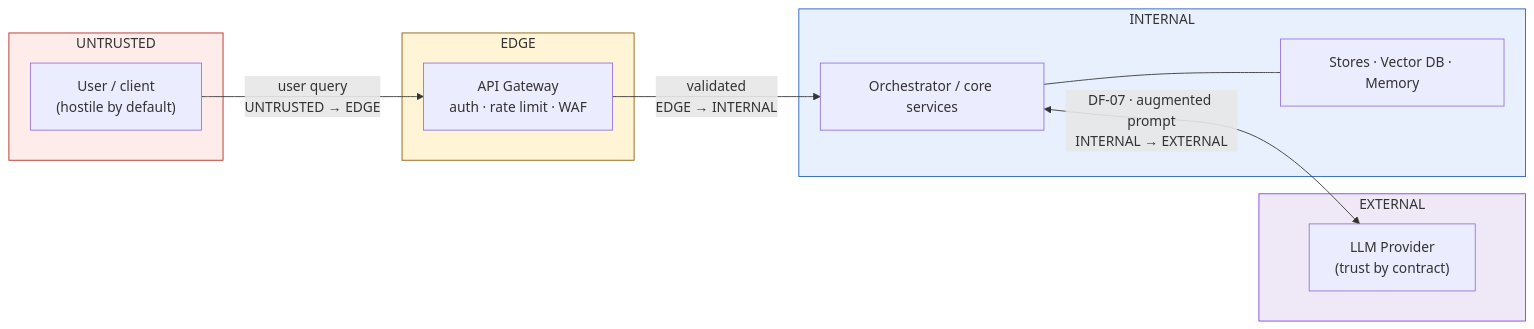
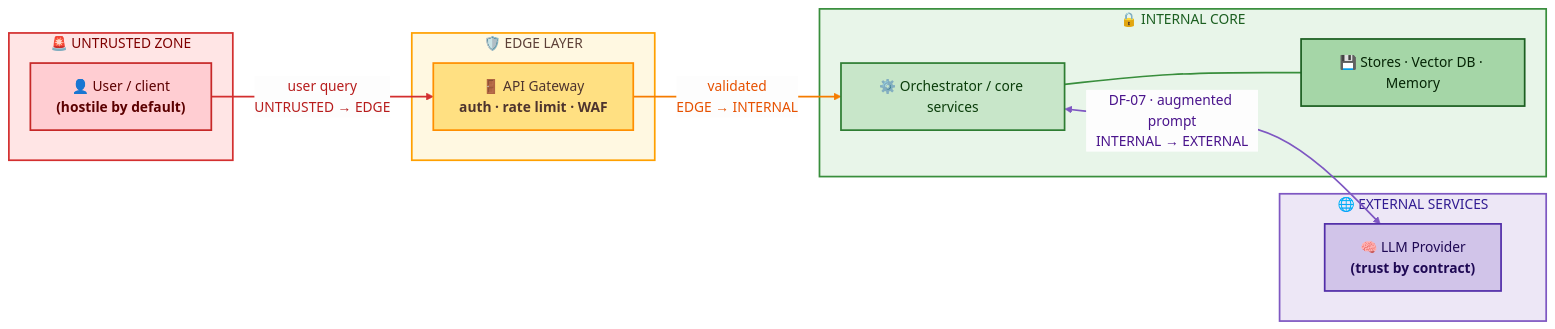
Before and after one commit to kamaldhingra1/ase-explorer-app: the diagram in training/diagrams/trust-zones.mmd, drawn with Mermaid. The commit also changed 29 other files, not shown here.

```diff
--- a/training/diagrams/trust-zones.mmd
+++ b/training/diagrams/trust-zones.mmd
@@ -1,22 +1,44 @@
+%%{ init: { 'themeVariables': { 'edgeLabelBackground': '#FDFDFD' } } }%%
 flowchart LR
-  subgraph UNTRUSTED
-    U["User / client<br/>(hostile by default)"]
-  end
-  subgraph EDGE
-    G["API Gateway<br/>auth · rate limit · WAF"]
-  end
-  subgraph INTERNAL
-    O["Orchestrator / core services"]
-    S["Stores · Vector DB · Memory"]
-  end
-  subgraph EXTERNAL
-    L["LLM Provider<br/>(trust by contract)"]
-  end
-  U -->|"user query<br/>UNTRUSTED → EDGE"| G
-  G -->|"validated<br/>EDGE → INTERNAL"| O
-  O <-->|"DF-07 · augmented prompt<br/>INTERNAL → EXTERNAL"| L
-  O --- S
-  style UNTRUSTED fill:#fdecea,stroke:#b3261e
-  style EDGE fill:#fff4d6,stroke:#8a5a00
-  style INTERNAL fill:#e8f0fe,stroke:#1f5cbf
-  style EXTERNAL fill:#efe9f7,stroke:#7C3AED
+    %% Subgraphs with high-visibility boundary tones
+    subgraph UNTRUSTED["🚨 UNTRUSTED ZONE"]
+        U["👤 User / client<br/><b>(hostile by default)</b>"]
+    end
+
+    subgraph EDGE["🛡️ EDGE LAYER"]
+        G["🚪 API Gateway<br/><b>auth · rate limit · WAF</b>"]
+    end
+
+    subgraph INTERNAL["🔒 INTERNAL CORE"]
+        O["⚙️ Orchestrator / core services"]
+        S["💾 Stores · Vector DB · Memory"]
+    end
+
+    subgraph EXTERNAL["🌐 EXTERNAL SERVICES"]
+        L["🧠 LLM Provider<br/><b>(trust by contract)</b>"]
+    end
+
+    %% Edge connections with color coding
+    U -->| user query<br/>UNTRUSTED → EDGE | G
+    G -->| validated<br/>EDGE → INTERNAL | O
+    O <-->| DF-07 · augmented prompt<br/>INTERNAL → EXTERNAL | L
+    O --- S
+
+    %% Subgraph Styling
+    style UNTRUSTED fill:#FFE5E5,stroke:#D32F2F,stroke-width:2px,color:#7F0000
+    style EDGE fill:#FFF8E1,stroke:#FFA000,stroke-width:2px,color:#5D4037
+    style INTERNAL fill:#E8F5E9,stroke:#388E3C,stroke-width:2px,color:#1B5E20
+    style EXTERNAL fill:#EDE7F6,stroke:#7E57C2,stroke-width:2px,color:#311B92
+
+    %% Node Styling for Maximum Differentiation
+    style U fill:#FFCDD2,stroke:#C62828,stroke-width:2px,color:#5C0000
+    style G fill:#FFE082,stroke:#FF8F00,stroke-width:2px,color:#4E342E
+    style O fill:#C8E6C9,stroke:#2E7D32,stroke-width:2px,color:#0A3D0A
+    style S fill:#A5D6A7,stroke:#1B5E20,stroke-width:2px,color:#052405
+    style L fill:#D1C4E9,stroke:#512DA8,stroke-width:2px,color:#1F0954
+
+    %% Link Styling to clarify data flow paths
+    linkStyle 0 stroke:#D32F2F,stroke-width:2px,color:#B71C1C
+    linkStyle 1 stroke:#F57C00,stroke-width:2px,color:#E65100
+    linkStyle 2 stroke:#7E57C2,stroke-width:2px,color:#4A148C
+    linkStyle 3 stroke:#388E3C,stroke-width:2px
```
